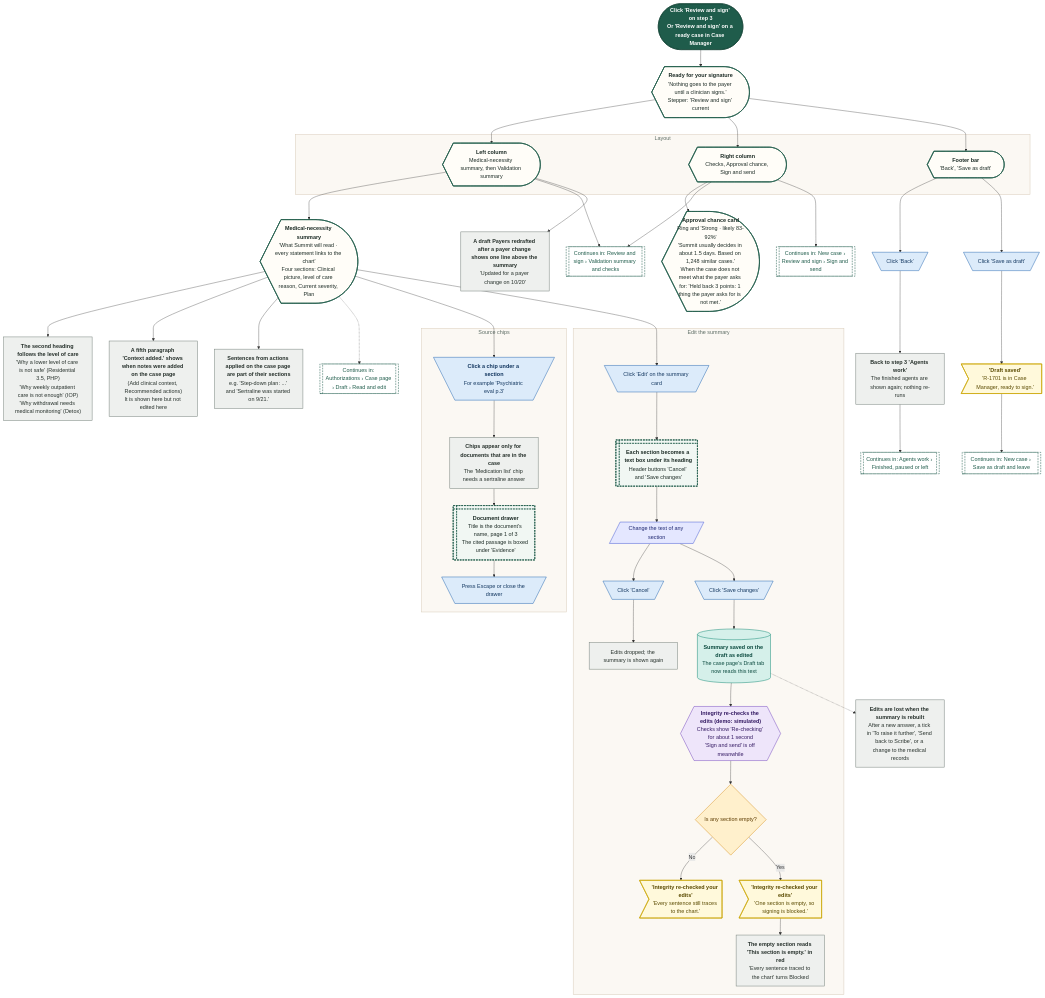
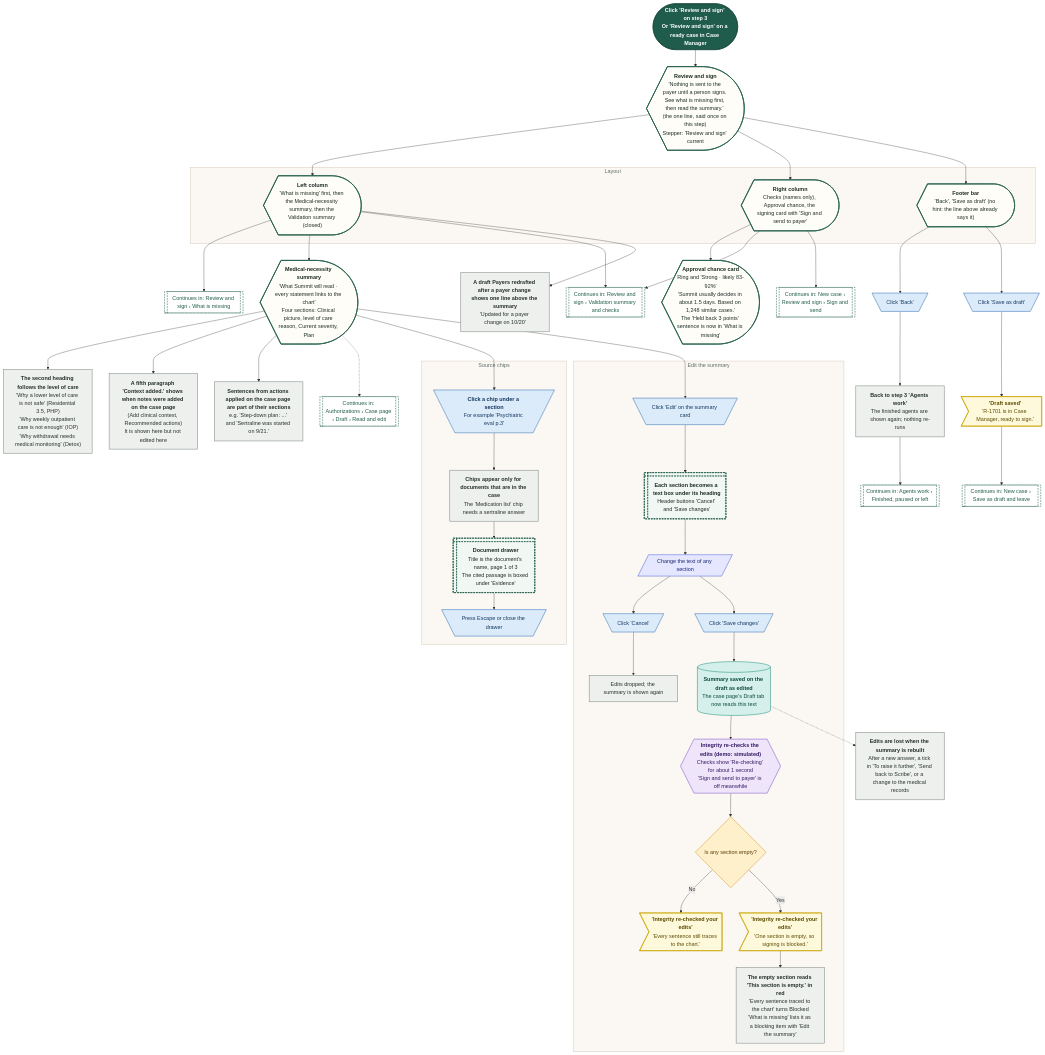
One commit to Shrav143/psyfloapp changed diagram 26 of 37 in demos/prior-auth-demo/workflows/out/md/04-new-case.md. Above: the diagram before and after it, drawn with Mermaid. The commit also changed other lines of this file and 192 other files, not shown here.

First line of the commit message:
docs: changelog by sidebar tab; README, diagrams and Settings layout aligned with the refinement; shared InfoTip; referral cost-share line

```diff
--- a/demos/prior-auth-demo/workflows/out/md/04-new-case.md
+++ b/demos/prior-auth-demo/workflows/out/md/04-new-case.md
@@ -2362,18 +2362,18 @@
   classDef k_toast fill:#FFF9DB,stroke:#C9A400,color:#5A4A00,stroke-width:1.5px
   classDef k_goto fill:#FFFFFF,stroke:#1F5C4B,color:#1F5C4B,stroke-width:1.5px,stroke-dasharray:5 3
   s1@{ shape: stadium, label: "<b>Click 'Review and sign' on step 3</b><br/>Or 'Review and sign' on a ready case in Case Manager" }
-  sc@{ shape: curv-trap, label: "<b>Ready for your signature</b><br/>'Nothing goes to the payer until a clinician signs.'<br/>Stepper: 'Review and sign' current" }
+  sc@{ shape: curv-trap, label: "<b>Review and sign</b><br/>'Nothing is sent to the payer until a person signs. See what is missing first, then read the summary.' (the one line, said once on this step)<br/>Stepper: 'Review and sign' current" }
   subgraph gLayout ["Layout"]
-  sL@{ shape: curv-trap, label: "<b>Left column</b><br/>Medical-necessity summary, then Validation summary" }
-  sR@{ shape: curv-trap, label: "<b>Right column</b><br/>Checks, Approval chance, Sign and send" }
-  sF@{ shape: curv-trap, label: "<b>Footer bar</b><br/>'Back', 'Save as draft'" }
+  sL@{ shape: curv-trap, label: "<b>Left column</b><br/>'What is missing' first, then the Medical-necessity summary, then the Validation summary (closed)" }
+  sR@{ shape: curv-trap, label: "<b>Right column</b><br/>Checks (names only), Approval chance, the signing card with 'Sign and send to payer'" }
+  sF@{ shape: curv-trap, label: "<b>Footer bar</b><br/>'Back', 'Save as draft' (no hint: the line above already says it)" }
   end
   sNarr@{ shape: curv-trap, label: "<b>Medical-necessity summary</b><br/>'What Summit will read · every statement links to the chart'<br/>Four sections: Clinical picture, level of care reason, Current severity, Plan" }
   pCtx@{ shape: rect, label: "<b>A fifth paragraph 'Context added.' shows when notes were added on the case page</b><br/>(Add clinical context, Recommended actions)<br/>It is shown here but not edited here" }
   pApplied@{ shape: rect, label: "<b>Sentences from actions applied on the case page are part of their sections</b><br/>e.g. 'Step-down plan: ...' and 'Sertraline was started on 9/21.'" }
   pNote@{ shape: rect, label: "<b>A draft Payers redrafted after a payer change shows one line above the summary</b><br/>'Updated for a payer change on 10/20'" }
   pHead@{ shape: rect, label: "<b>The second heading follows the level of care</b><br/>'Why a lower level of care is not safe' (Residential 3.5, PHP)<br/>'Why weekly outpatient care is not enough' (IOP)<br/>'Why withdrawal needs medical monitoring' (Detox)" }
-  sChance@{ shape: curv-trap, label: "<b>Approval chance card</b><br/>Ring and 'Strong · likely 83-92%'<br/>'Summit usually decides in about 1.5 days. Based on 1,248 similar cases.'<br/>When the case does not meet what the payer asks for: 'Held back 3 points: 1 thing the payer asks for is not met.'" }
+  sChance@{ shape: curv-trap, label: "<b>Approval chance card</b><br/>Ring and 'Strong · likely 83-92%'<br/>'Summit usually decides in about 1.5 days. Based on 1,248 similar cases.'<br/>The 'Held back 3 points' sentence is now in 'What is missing'" }
   subgraph gChip ["Source chips"]
   cChip@{ shape: trap-t, label: "<b>Click a chip under a section</b><br/>For example 'Psychiatric eval p.3'" }
   pChips@{ shape: rect, label: "<b>Chips appear only for documents that are in the case</b><br/>The 'Medication list' chip needs a sertraline answer" }
@@ -2388,17 +2388,18 @@
   pCancel@{ shape: rect, label: "Edits dropped; the summary is shown again" }
   cSave@{ shape: trap-t, label: "Click 'Save changes'" }
   stNarr@{ shape: cyl, label: "<b>Summary saved on the draft as edited</b><br/>The case page's Draft tab now reads this text" }
-  aInt@{ shape: hex, label: "<b>Integrity re-checks the edits (demo: simulated)</b><br/>Checks show 'Re-checking' for about 1 second<br/>'Sign and send' is off meanwhile" }
+  aInt@{ shape: hex, label: "<b>Integrity re-checks the edits (demo: simulated)</b><br/>Checks show 'Re-checking' for about 1 second<br/>'Sign and send to payer' is off meanwhile" }
   dEmpty@{ shape: diam, label: "Is any section empty?" }
   tOk@{ shape: odd, label: "<b>'Integrity re-checked your edits'</b><br/>'Every sentence still traces to the chart.'" }
   tEmpty@{ shape: odd, label: "<b>'Integrity re-checked your edits'</b><br/>'One section is empty, so signing is blocked.'" }
-  pEmpty@{ shape: rect, label: "<b>The empty section reads 'This section is empty.' in red</b><br/>'Every sentence traced to the chart' turns Blocked" }
+  pEmpty@{ shape: rect, label: "<b>The empty section reads 'This section is empty.' in red</b><br/>'Every sentence traced to the chart' turns Blocked<br/>'What is missing' lists it as a blocking item with 'Edit the summary'" }
   end
   pLost@{ shape: rect, label: "<b>Edits are lost when the summary is rebuilt</b><br/>After a new answer, a tick in 'To raise it further', 'Send back to Scribe', or a change to the medical records" }
   cBack@{ shape: trap-t, label: "Click 'Back'" }
   pBack@{ shape: rect, label: "<b>Back to step 3 'Agents work'</b><br/>The finished agents are shown again; nothing re-runs" }
   cSaveD@{ shape: trap-t, label: "Click 'Save as draft'" }
   tSaved@{ shape: odd, label: "<b>'Draft saved'</b><br/>'R-1701 is in Case Manager, ready to sign.'" }
+  gMis@{ shape: subproc, label: "Continues in: Review and sign › What is missing" }
   gVal@{ shape: subproc, label: "Continues in: Review and sign › Validation summary and checks" }
   gSign@{ shape: subproc, label: "Continues in: New case › Review and sign › Sign and send" }
   g36@{ shape: subproc, label: "Continues in: Agents work › Finished, paused or left" }
@@ -2406,6 +2407,7 @@
   gDraft@{ shape: subproc, label: "Continues in: Authorizations › Case page › Draft › Read and edit" }
   s1 --> sc
   sc --> sL & sR & sF
+  sL --> gMis
   sL --> sNarr --> pHead
   sL --> gVal
   sR --> sChance
@@ -2434,7 +2436,7 @@
   class aInt k_agent
   class dEmpty k_decision
   class tOk,tEmpty,tSaved k_toast
-  class gVal,gSign,g36,g39,gDraft k_goto
+  class gMis,gVal,gSign,g36,g39,gDraft k_goto
   style gLayout fill:#FBF8F3,stroke:#D9CDBB,stroke-width:1.5px,color:#5B6B63
   style gChip fill:#FBF8F3,stroke:#D9CDBB,stroke-width:1.5px,color:#5B6B63
   style gEdit fill:#FBF8F3,stroke:#D9CDBB,stroke-width:1.5px,color:#5B6B63
```
